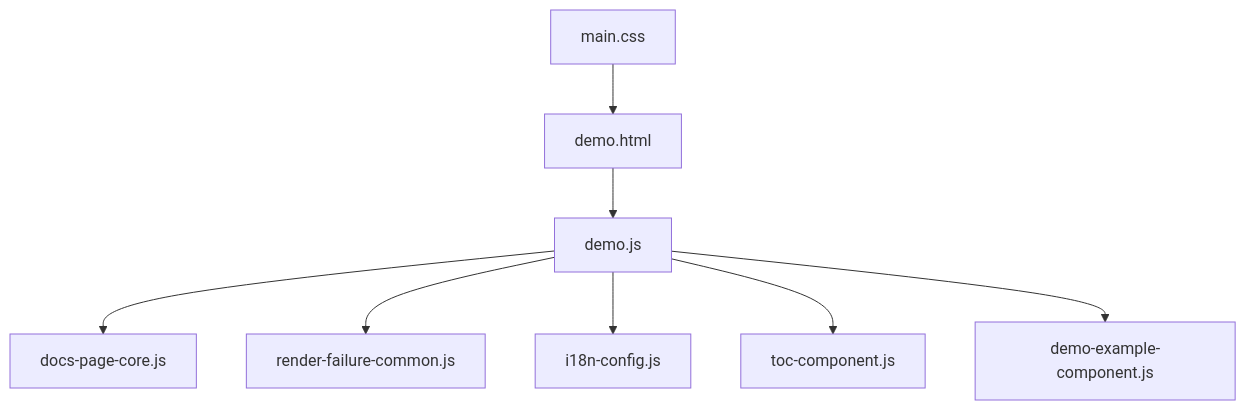
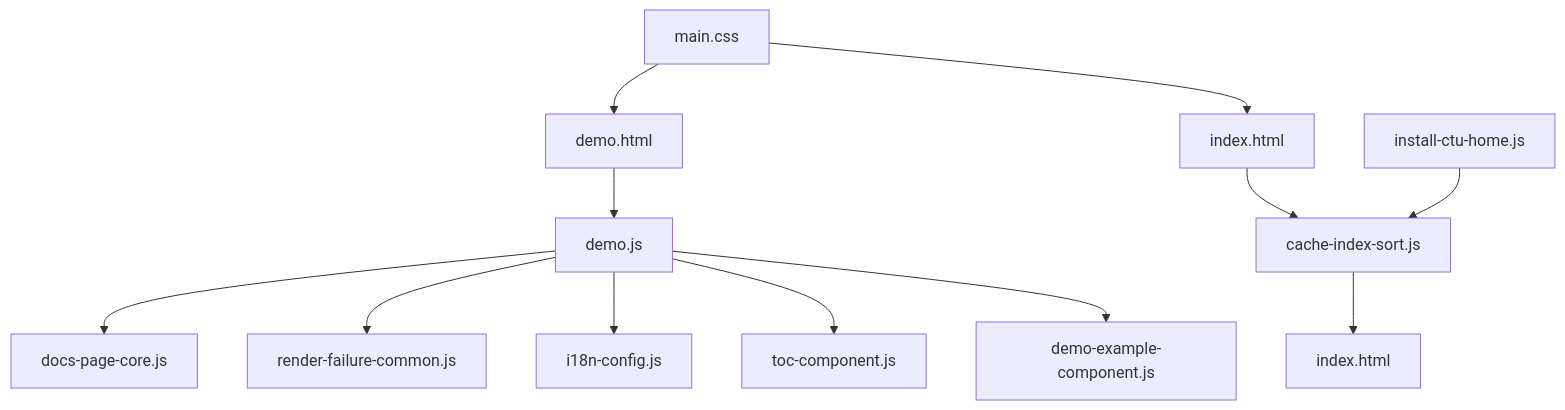
One commit to pingwurth/code-to-uml changed the first of 4 diagrams in .qoder/repowiki/en/content/Core Components/Core Components.md. Above: the diagram before and after it, drawn with Mermaid. The commit also changed other lines of this file and 48 other files, not shown here.

````diff
--- a/.qoder/repowiki/en/content/Core Components/Core Components.md
+++ b/.qoder/repowiki/en/content/Core Components/Core Components.md
@@ -38,10 +52,14 @@
 ```mermaid
 graph TB
 HTML["demo.html"] --> DemoJS["demo.js"]
+HTML2["index.html"] --> CacheSort["cache-index-sort.js"]
 DemoJS --> DocsCore["docs-page-core.js"]
 DemoJS --> RenderFailure["render-failure-common.js"]
 DemoJS --> I18n["i18n-config.js"]
 DemoJS --> Toc["toc-component.js"]
 DemoJS --> ExampleComp["demo-example-component.js"]
+Install["install-ctu-home.js"] --> CacheSort
+CacheSort --> IndexHTML["index.html"]
 CSS["main.css"] --> HTML
+CSS --> HTML2
 ```
````
